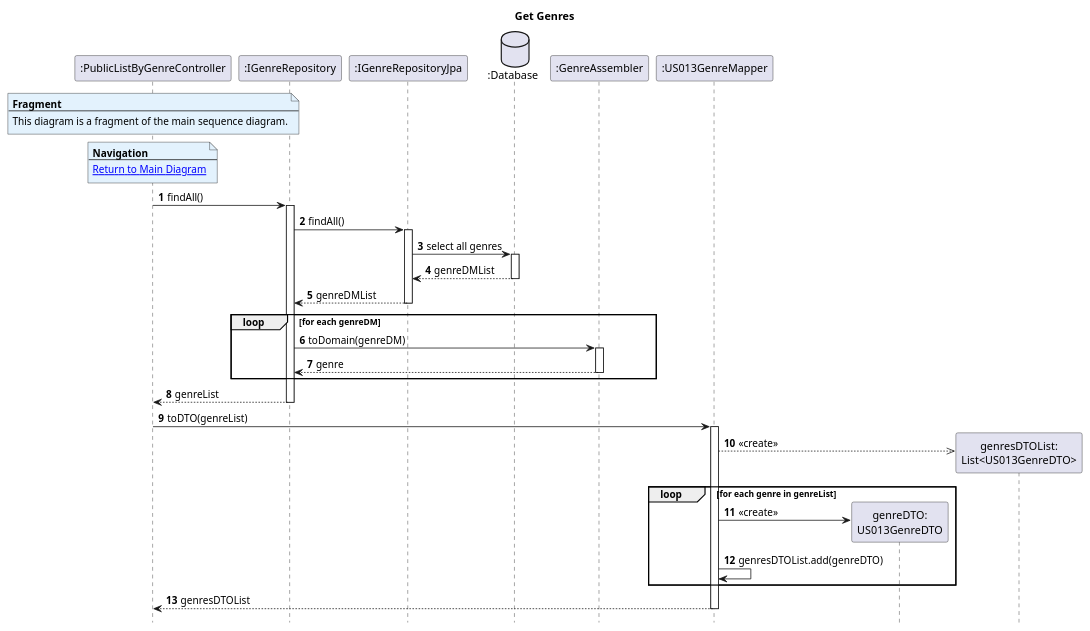
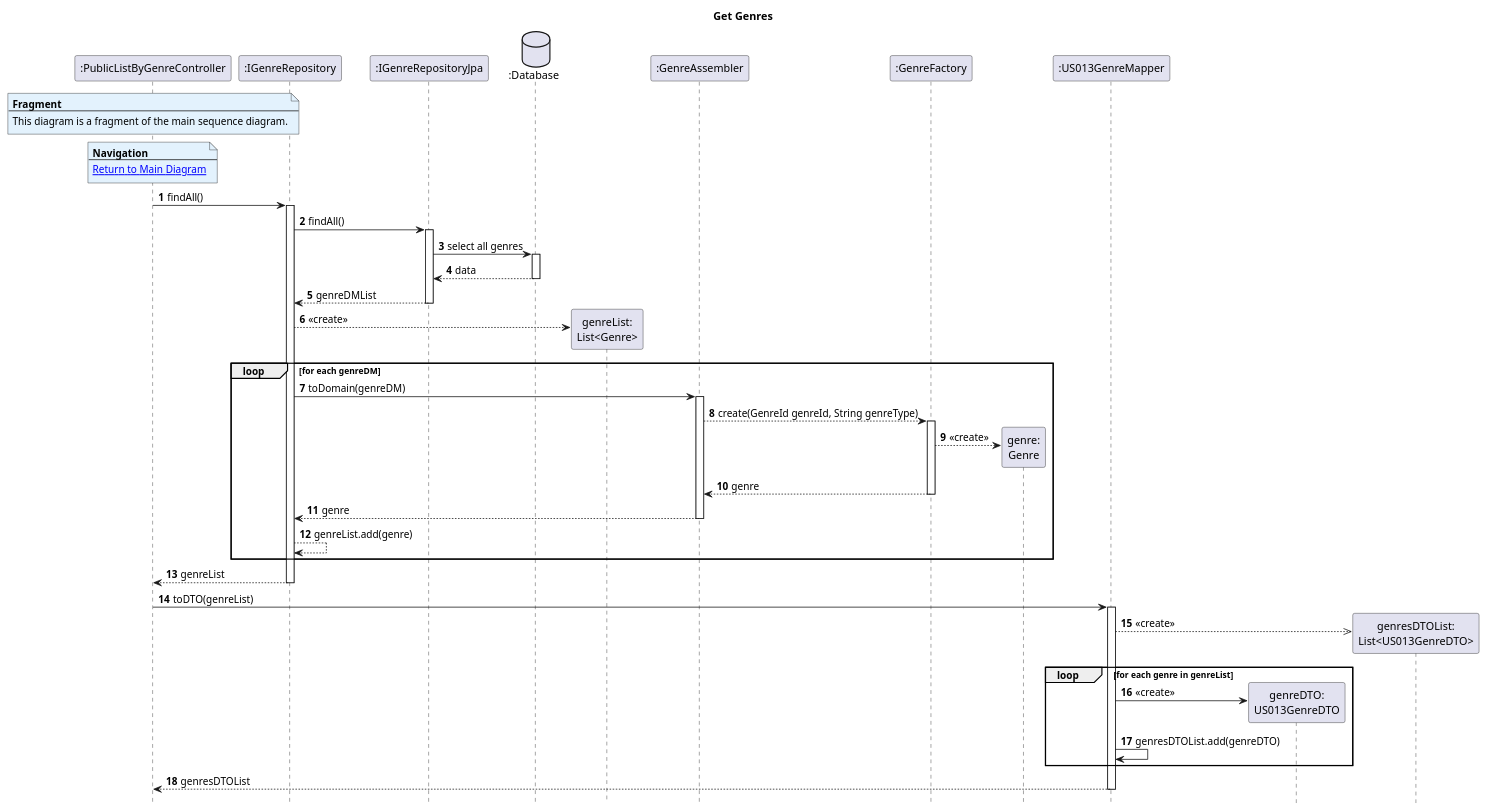
One commit to AndrePereiraGitH/SWitCH-Project-Team_A changed the diagram in Diagrams/SequenceDiagrams/N2/To-get-list-of-public-lists-by-genre/2.GetGenres.puml. Above: the diagram before and after it, drawn with PlantUML. The commit also changed 3 other files, not shown here.

Commit message:
diagrams: fixed issues with find public lists by genre diagrams #753

```diff
--- a/Diagrams/SequenceDiagrams/N2/To-get-list-of-public-lists-by-genre/2.GetGenres.puml
+++ b/Diagrams/SequenceDiagrams/N2/To-get-list-of-public-lists-by-genre/2.GetGenres.puml
@@ -1,65 +1,75 @@
 @startuml
 hide footbox
 autonumber
 
 title Get Genres
 
 participant ":PublicListByGenreController" as Ctrl
 participant ":IGenreRepository" as genreRepo
 participant ":IGenreRepositoryJpa" as genreRepoJpa
 database ":Database" as DB
+participant "genreList:\nList<Genre>" as genreList
 participant ":GenreAssembler" as genreAssembler
+participant ":GenreFactory" as genreFactory
+participant "genre:\nGenre" as genre
 participant ":US013GenreMapper" as genreMapper
 participant "genreDTO:\nUS013GenreDTO" as genreDTO
 participant "genresDTOList:\nList<US013GenreDTO>" as genresDTOList
 
 note over Ctrl #E3F2FD
 <b>Fragment</b>
 ---
 This diagram is a fragment of the main sequence diagram.
 end note
 
 note over Ctrl #E3F2FD
 <b>Navigation</b>
 ---
 [[1.MainDiagram.puml Return to Main Diagram]]
 end note
 
 Ctrl -> genreRepo : findAll()
 activate genreRepo
-
 genreRepo -> genreRepoJpa : findAll()
 activate genreRepoJpa
 
 genreRepoJpa -> DB : select all genres
 activate DB
-DB --> genreRepoJpa : genreDMList
+DB --> genreRepoJpa : data
 deactivate DB
 
 genreRepoJpa --> genreRepo : genreDMList
 deactivate genreRepoJpa
 
+genreRepo --> genreList ** : <<create>>
+
 loop for each genreDM
     genreRepo -> genreAssembler : toDomain(genreDM)
     activate genreAssembler
+    genreAssembler --> genreFactory : create(GenreId genreId, String genreType)
+    activate genreFactory
+    genreFactory --> genre ** : <<create>>
+    genreFactory --> genreAssembler : genre
+    deactivate genreFactory
     genreAssembler --> genreRepo : genre
     deactivate genreAssembler
+    genreRepo --> genreRepo : genreList.add(genre)
 end
 
 genreRepo --> Ctrl : genreList
 deactivate genreRepo
 
 Ctrl -> genreMapper : toDTO(genreList)
 activate genreMapper
 
 genreMapper -->> genresDTOList ** : <<create>>
 
 loop for each genre in genreList
     genreMapper -> genreDTO ** : <<create>>
     genreMapper -> genreMapper : genresDTOList.add(genreDTO)
 end
 
 genreMapper --> Ctrl : genresDTOList
 deactivate genreMapper
 
 @enduml
```
